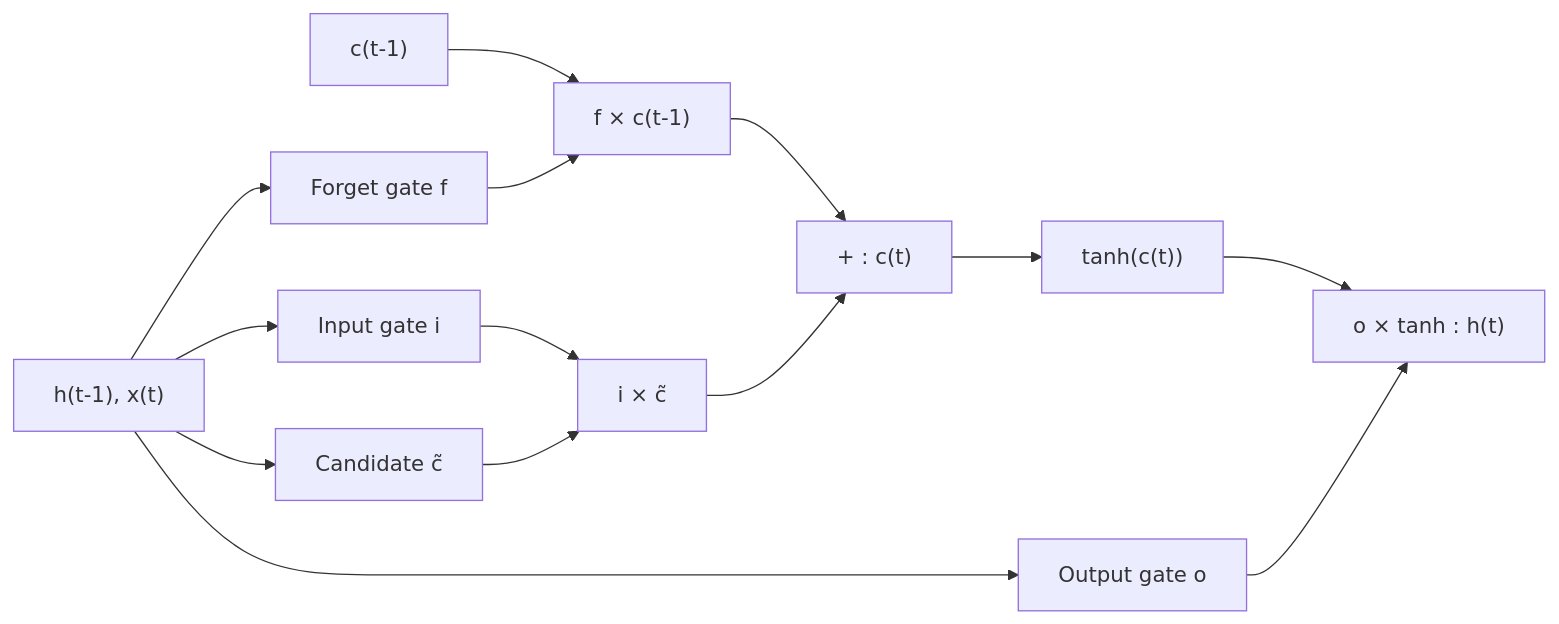
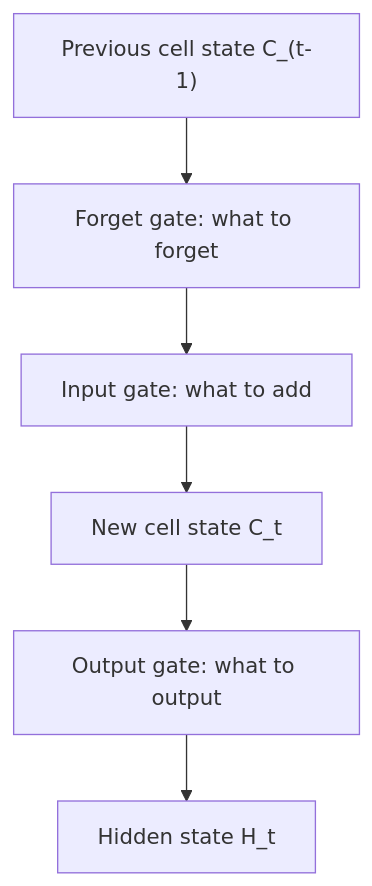
One commit to TrendySloth1001/sem-seven-notes changed the diagram in content/deep-learning/pyq/2023-12/q5b.mdx. Above: the diagram before and after it, drawn with Mermaid. The commit also changed other lines of this file and 186 other files, not shown here.

````diff
--- a/content/deep-learning/pyq/2023-12/q5b.mdx
+++ b/content/deep-learning/pyq/2023-12/q5b.mdx
@@ -31,17 +21,9 @@
 ```mermaid
-%% caption: LSTM cell. The cell state c is only multiplied by the forget gate and added to, so it can carry information far.
-flowchart LR
-  IN["h(t-1), x(t)"] --> F["Forget gate f"]
-  IN --> I["Input gate i"]
-  IN --> CC["Candidate c̃"]
-  IN --> O["Output gate o"]
-  C0["c(t-1)"] --> M1["f × c(t-1)"]
-  F --> M1
-  I --> M2["i × c̃"]
-  CC --> M2
-  M1 --> ADD["+ : c(t)"]
-  M2 --> ADD
-  ADD --> T["tanh(c(t))"]
-  T --> M3["o × tanh : h(t)"]
-  O --> M3
+%% caption: One LSTM step as four questions: forget, add, remember, output.
+flowchart TD
+  A["Previous cell state C_(t-1)"] --> B["Forget gate: what to forget"]
+  B --> C["Input gate: what to add"]
+  C --> D["New cell state C_t"]
+  D --> E["Output gate: what to output"]
+  E --> F["Hidden state H_t"]
 ```
````
